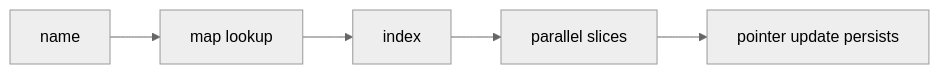
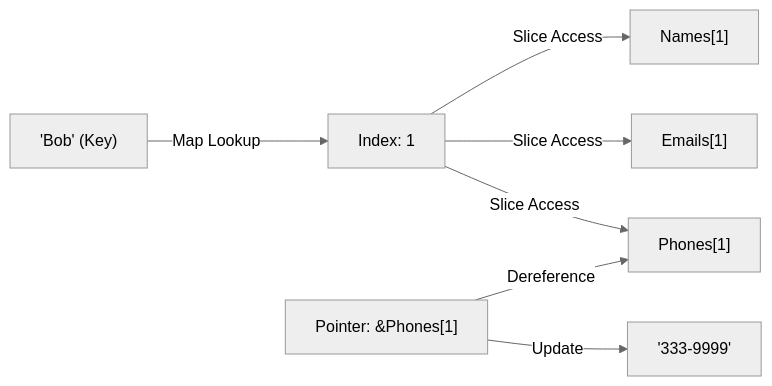
One commit to rasel9t6/the-go-engineer changed the diagram in 02-language-basics/04-data-structures/6-contact-manager/README.md. Above: the diagram before and after it, drawn with Mermaid (neutral theme). The commit also changed other lines of this file and 36 other files, not shown here.

````diff
--- a/02-language-basics/04-data-structures/6-contact-manager/README.md
+++ b/02-language-basics/04-data-structures/6-contact-manager/README.md
@@ -35,7 +23,9 @@
 ```mermaid
 graph LR
-    A["name"] --> B["map lookup"]
-    B --> C["index"]
-    C --> D["parallel slices"]
-    D --> E["pointer update persists"]
+    A["'Bob' (Key)"] -- "Map Lookup" --> B["Index: 1"]
+    B -- "Slice Access" --> C["Names[1]"]
+    B -- "Slice Access" --> D["Emails[1]"]
+    B -- "Slice Access" --> E["Phones[1]"]
+    F["Pointer: &Phones[1]"] -- "Dereference" --> E
+    F -- "Update" --> G["'333-9999'"]
 ```
````
